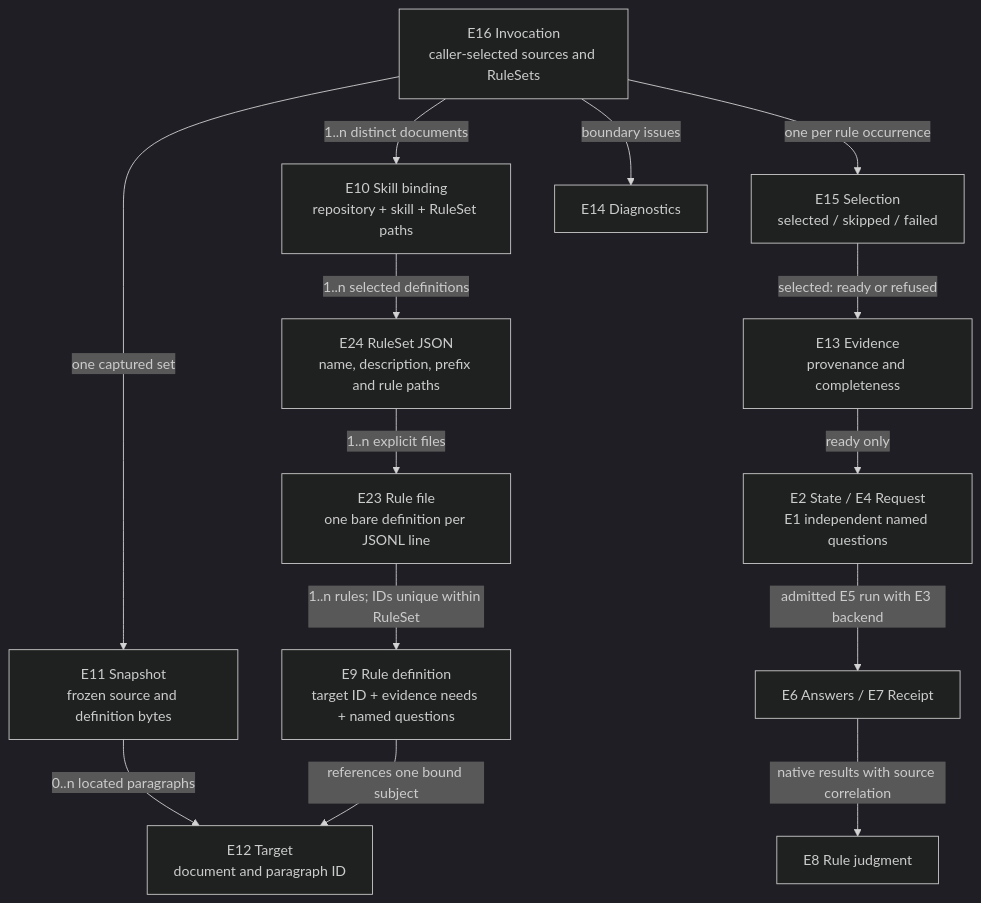
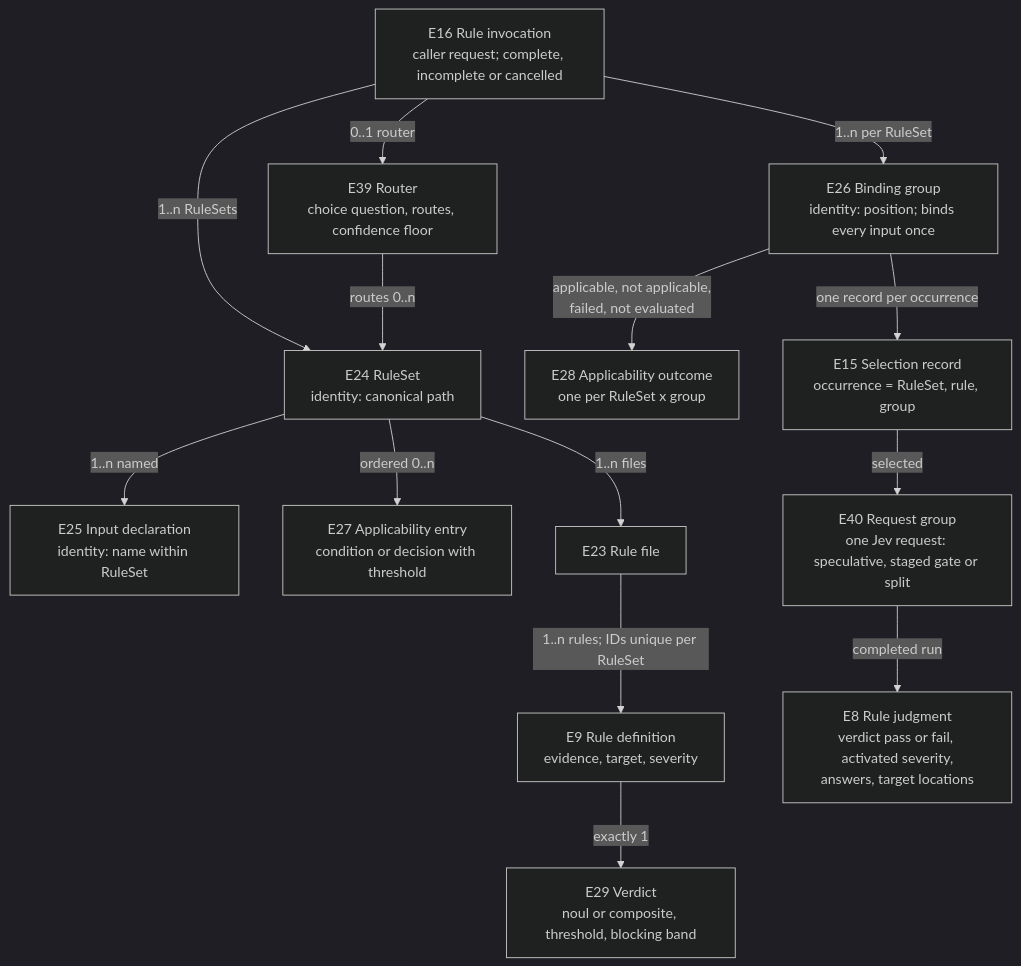
The diagram in docs/specs/2026-10-12-rust-rule-engine/assets/specification-entities.mmd (ShravanSunder/sunstack-tools), drawn with Mermaid (dark theme) before and after one commit. The commit also changed 9 other files, not shown here.

```diff
--- a/docs/specs/2026-10-12-rust-rule-engine/assets/specification-entities.mmd
+++ b/docs/specs/2026-10-12-rust-rule-engine/assets/specification-entities.mmd
@@ -1,14 +1,14 @@
 flowchart TB
-  L["E16 Invocation<br/>caller-selected sources and RuleSets"] -->|"1..n distinct documents"| P["E10 Skill binding<br/>repository + skill + RuleSet paths"]
-  P -->|"1..n selected definitions"| RS["E24 RuleSet JSON<br/>name, description, prefix and rule paths"]
-  RS -->|"1..n explicit files"| RF["E23 Rule file<br/>one bare definition per JSONL line"]
-  RF -->|"1..n rules; IDs unique within RuleSet"| D["E9 Rule definition<br/>target ID + evidence needs + named questions"]
-  L -->|"one captured set"| S["E11 Snapshot<br/>frozen source and definition bytes"]
-  S -->|"0..n located paragraphs"| T["E12 Target<br/>document and paragraph ID"]
-  D -->|"references one bound subject"| T
-  L -->|"one per rule occurrence"| X["E15 Selection<br/>selected / skipped / failed"]
-  X -->|"selected: ready or refused"| B["E13 Evidence<br/>provenance and completeness"]
-  B -->|"ready only"| Q["E2 State / E4 Request<br/>E1 independent named questions"]
-  Q -->|"admitted E5 run with E3 backend"| A["E6 Answers / E7 Receipt"]
-  A -->|"native results with source correlation"| F["E8 Rule judgment"]
-  L -->|"boundary issues"| I["E14 Diagnostics"]
+  INV["E16 Rule invocation<br/>caller request; complete, incomplete or cancelled"] -->|"0..1 router"| RT["E39 Router<br/>choice question, routes, confidence floor"]
+  INV -->|"1..n RuleSets"| RS["E24 RuleSet<br/>identity: canonical path"]
+  RT -->|"routes 0..n"| RS
+  RS -->|"1..n named"| IN["E25 Input declaration<br/>identity: name within RuleSet"]
+  RS -->|"ordered 0..n"| AE["E27 Applicability entry<br/>condition or decision with threshold"]
+  RS -->|"1..n files"| RF["E23 Rule file"]
+  RF -->|"1..n rules; IDs unique per RuleSet"| RD["E9 Rule definition<br/>evidence, target, severity"]
+  RD -->|"exactly 1"| VD["E29 Verdict<br/>noul or composite, threshold, blocking band"]
+  INV -->|"1..n per RuleSet"| BG["E26 Binding group<br/>identity: position; binds every input once"]
+  BG -->|"applicable, not applicable,<br/>failed, not evaluated"| AO["E28 Applicability outcome<br/>one per RuleSet x group"]
+  BG -->|"one record per occurrence"| SR["E15 Selection record<br/>occurrence = RuleSet, rule, group"]
+  SR -->|"selected"| RG["E40 Request group<br/>one Jev request: speculative, staged gate or split"]
+  RG -->|"completed run"| JD["E8 Rule judgment<br/>verdict pass or fail, activated severity,<br/>answers, target locations"]
```
